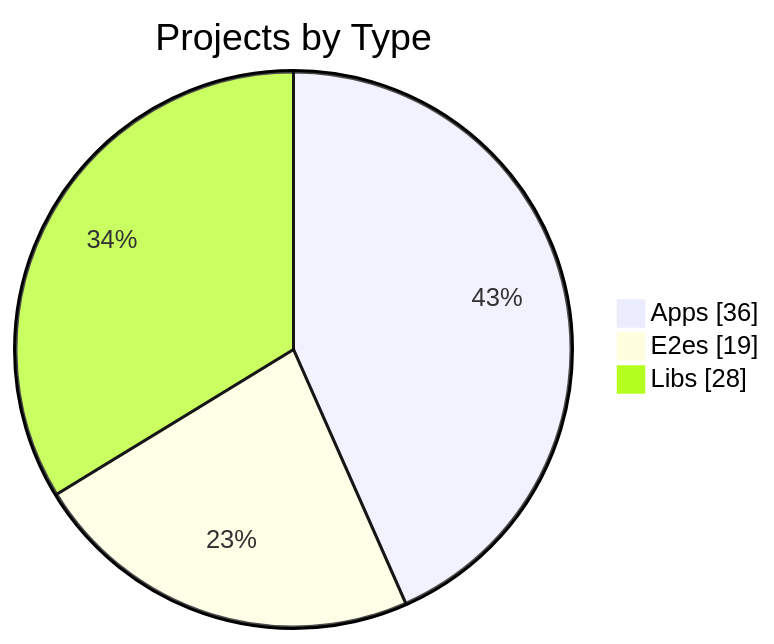
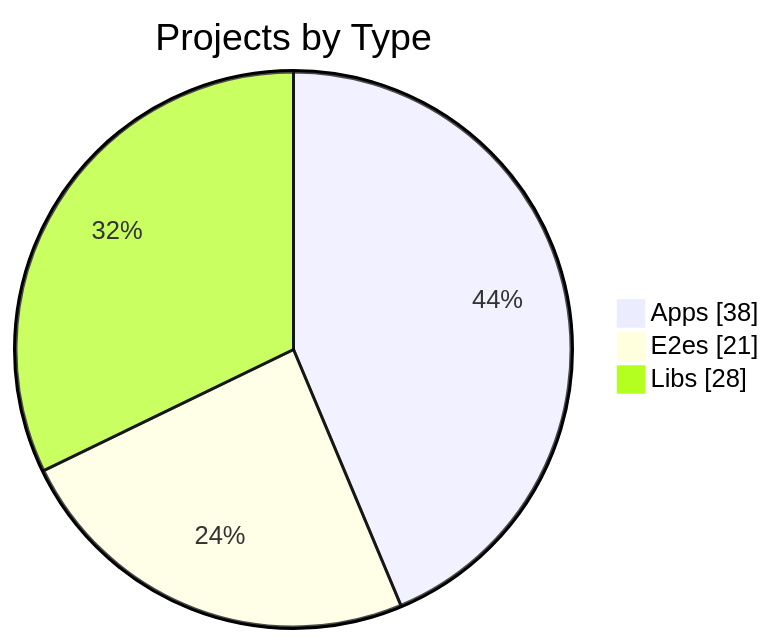
Before and after one commit to KBVE/kbve: the first of 3 diagrams in apps/kbve/astro-kbve/src/content/docs/dashboard/graph.mdx, drawn with Mermaid. The commit also changed other lines of this file and 8 other files, not shown here.

````diff
--- a/apps/kbve/astro-kbve/src/content/docs/dashboard/graph.mdx
+++ b/apps/kbve/astro-kbve/src/content/docs/dashboard/graph.mdx
@@ -56,7 +56,7 @@
 ```mermaid
 pie showData
     title Projects by Type
-    "Apps" : 36
-    "E2es" : 19
+    "Apps" : 38
+    "E2es" : 21
     "Libs" : 28
 ```
````
